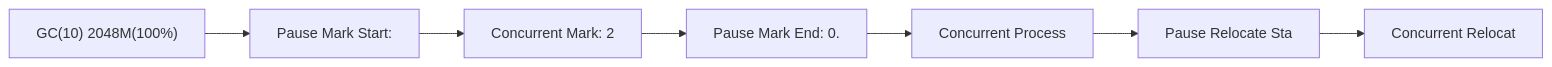
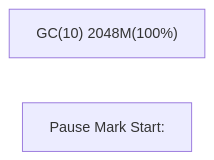
One commit to yjkim2015/yjkim2015.github.io changed diagram 12 of 17 in _posts/java/2026-05-01-java-garbage-collector.md. Above: the diagram before and after it, drawn with Mermaid. The commit also changed other lines of this file and 132 other files, not shown here.

First line of the commit message:
Mermaid 다이어그램 가독성 정리: 단순 제거, 노드 축소, TD→LR 변환

````diff
--- a/_posts/java/2026-05-01-java-garbage-collector.md
+++ b/_posts/java/2026-05-01-java-garbage-collector.md
@@ -499,11 +440,5 @@
 ```mermaid
 graph LR
     ZLC["GC(10) 2048M(100%)"]
     Z1["Pause Mark Start:"]
-    Z2["Concurrent Mark: 2"]
-    Z3["Pause Mark End: 0."]
-    Z4["Concurrent Process"]
-    Z5["Pause Relocate Sta"]
-    Z6["Concurrent Relocat"]
-    ZLC --> Z1 --> Z2 --> Z3 --> Z4 --> Z5 --> Z6
 ```
````
